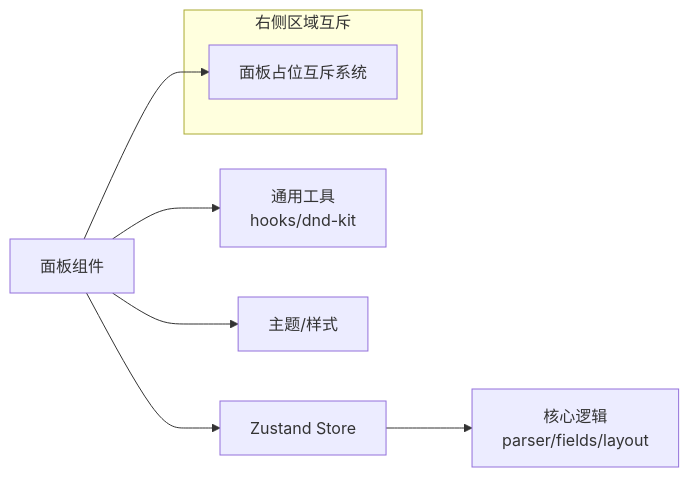
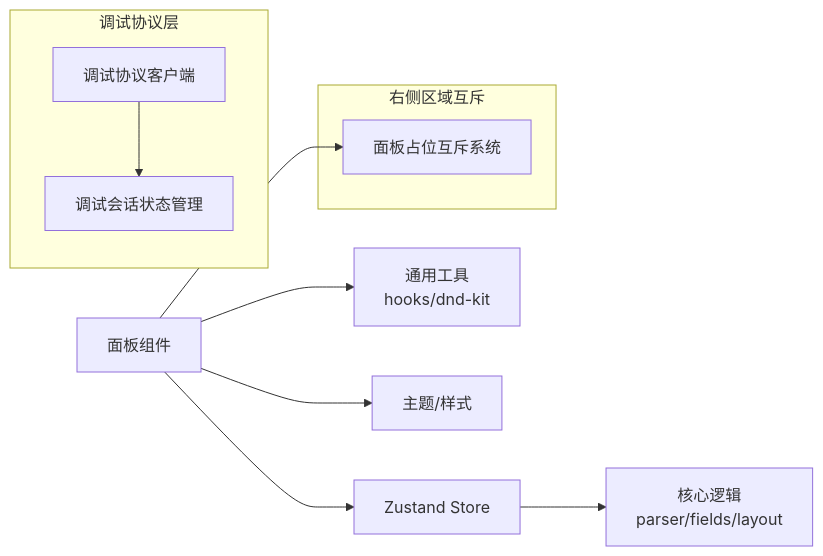
One commit to kqcoxn/MaaPipelineEditor changed the second of 9 diagrams in .qoder/repowiki/zh/content/面板与组件/主要面板/主要面板.md. Above: the diagram before and after it, drawn with Mermaid. The commit also changed other lines of this file and 19 other files, not shown here.

````diff
--- a/.qoder/repowiki/zh/content/面板与组件/主要面板/主要面板.md
+++ b/.qoder/repowiki/zh/content/面板与组件/主要面板/主要面板.md
@@ -123,11 +137,16 @@
 ```mermaid
 graph LR
 UI["面板组件"] --> STORE["Zustand Store"]
 STORE --> CORE["核心逻辑<br/>parser/fields/layout"]
 UI --> UTIL["通用工具<br/>hooks/dnd-kit"]
 UI --> THEME["主题/样式"]
 subgraph "右侧区域互斥"
 PO["面板占位互斥系统"]
 end
 UI --> PO
+subgraph "调试协议层"
+DPC["调试协议客户端"]
+DSS["调试会话状态管理"]
+end
+DPC --> DSS
 ```
````
